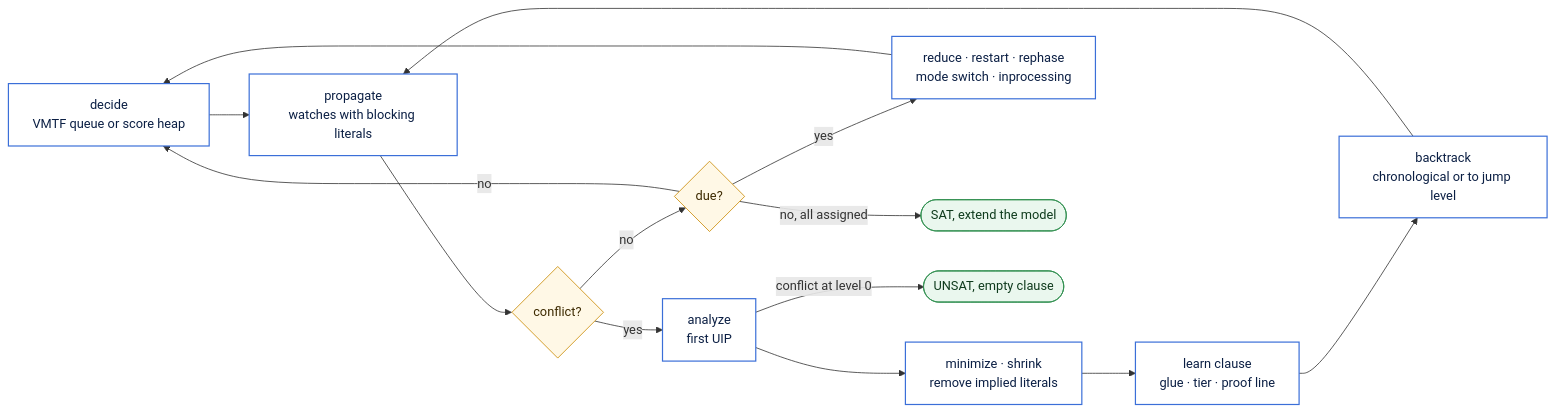
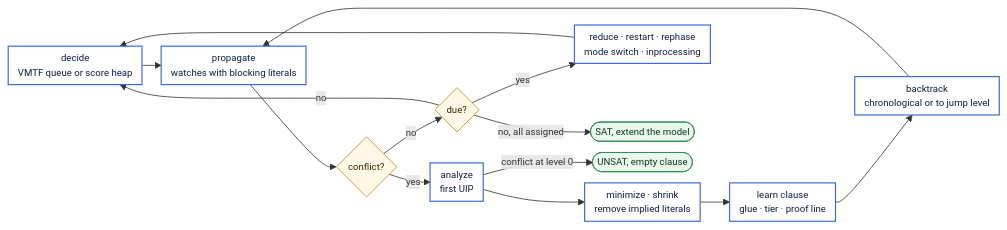
Before and after one commit to orkait/xsat: the diagram in docs/conflict.mmd, drawn with Mermaid. The commit also changed 5 other files, not shown here.

Commit message:
docs(xsat): restore full diagrams with a tighter layout (#634)

```diff
--- a/docs/conflict.mmd
+++ b/docs/conflict.mmd
@@ -1,25 +1,26 @@
+%%{init: {"themeVariables": {"fontSize": "12px"}, "flowchart": {"nodeSpacing": 14, "rankSpacing": 24, "padding": 6, "wrappingWidth": 260, "diagramPadding": 4}}}%%
 flowchart LR
   classDef step fill:#ffffff,stroke:#3b6fd8,stroke-width:1.5px,color:#0b1f44
   classDef decision fill:#fff8e6,stroke:#c98a00,color:#3d2a00
   classDef outcome fill:#eaf7ee,stroke:#2f8f4e,color:#0f3b1d
 
   decide[decide<br/>VMTF queue or score heap]:::step
   prop[propagate<br/>watches with blocking literals]:::step
   conflict{conflict?}:::decision
   analyze[analyze<br/>first UIP]:::step
   minimize[minimize · shrink<br/>remove implied literals]:::step
   learn[learn clause<br/>glue · tier · proof line]:::step
   backtrack[backtrack<br/>chronological or to jump level]:::step
   schedule{due?}:::decision
   maintain[reduce · restart · rephase<br/>mode switch · inprocessing]:::step
   sat(["SAT, extend the model"]):::outcome
   unsat(["UNSAT, empty clause"]):::outcome
 
   decide --> prop --> conflict
   conflict -- no --> schedule
   schedule -- yes --> maintain --> decide
   schedule -- "no, all assigned" --> sat
   schedule -- no --> decide
   conflict -- yes --> analyze
   analyze --> minimize --> learn --> backtrack --> prop
   analyze -- "conflict at level 0" --> unsat
```
